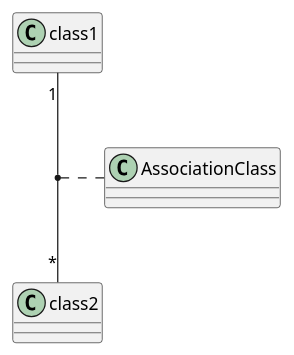
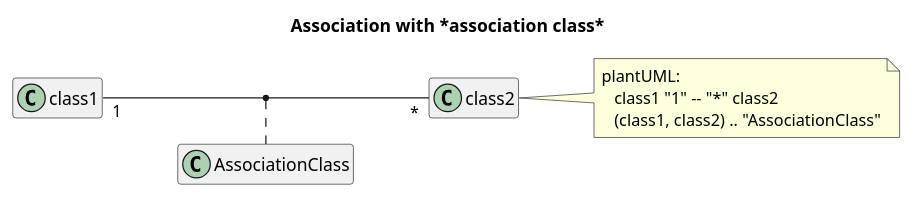
The tenth of 21 diagrams in uml_markdown_summary.md (chraxo/UmlMarkdownCheatSheet), drawn with PlantUML before and after one commit. The commit also changed other lines of this file, not shown here.

Commit message:
class diagram: more compact design

```diff
--- a/uml_markdown_summary.md
+++ b/uml_markdown_summary.md
@@ -256,4 +255,16 @@
 @startuml
-class1 "1" -- "*" class2
-(class1, class2) .. "AssociationClass"
+    left to right direction
+    skinparam noteFontName Consolas
+    hide empty members
+
+    title Association with *association class*
+
+    class1 "1" -- "*" class2
+    (class1, class2) .. "AssociationClass"
+        
+    note right of class2
+        plantUML:
+           class1 "1" -- "*" class2
+           (class1, class2) .. "AssociationClass"
+    end note
 @enduml
```
